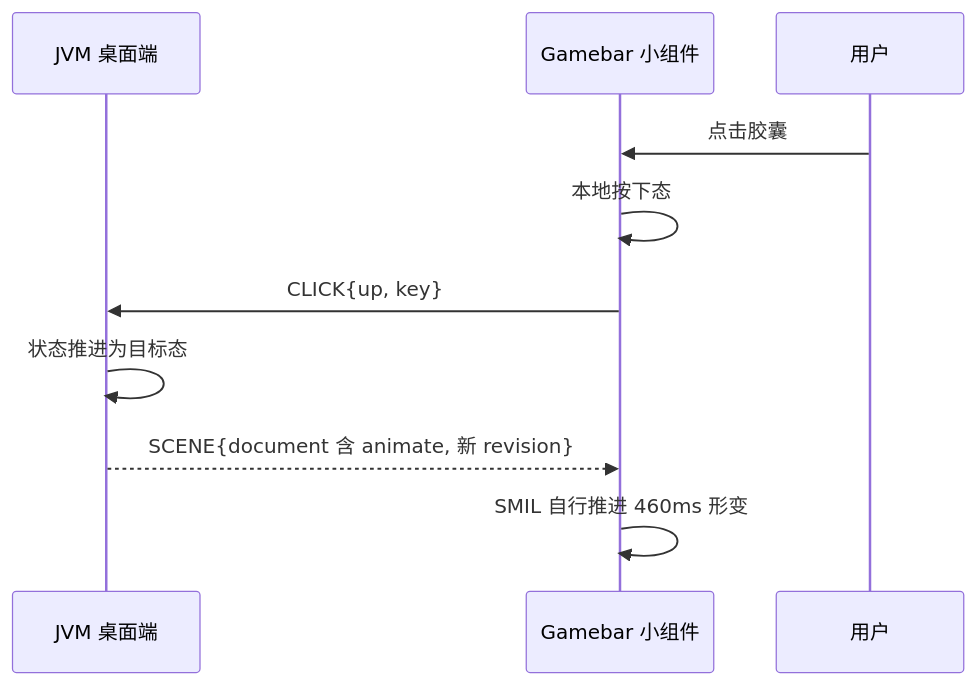
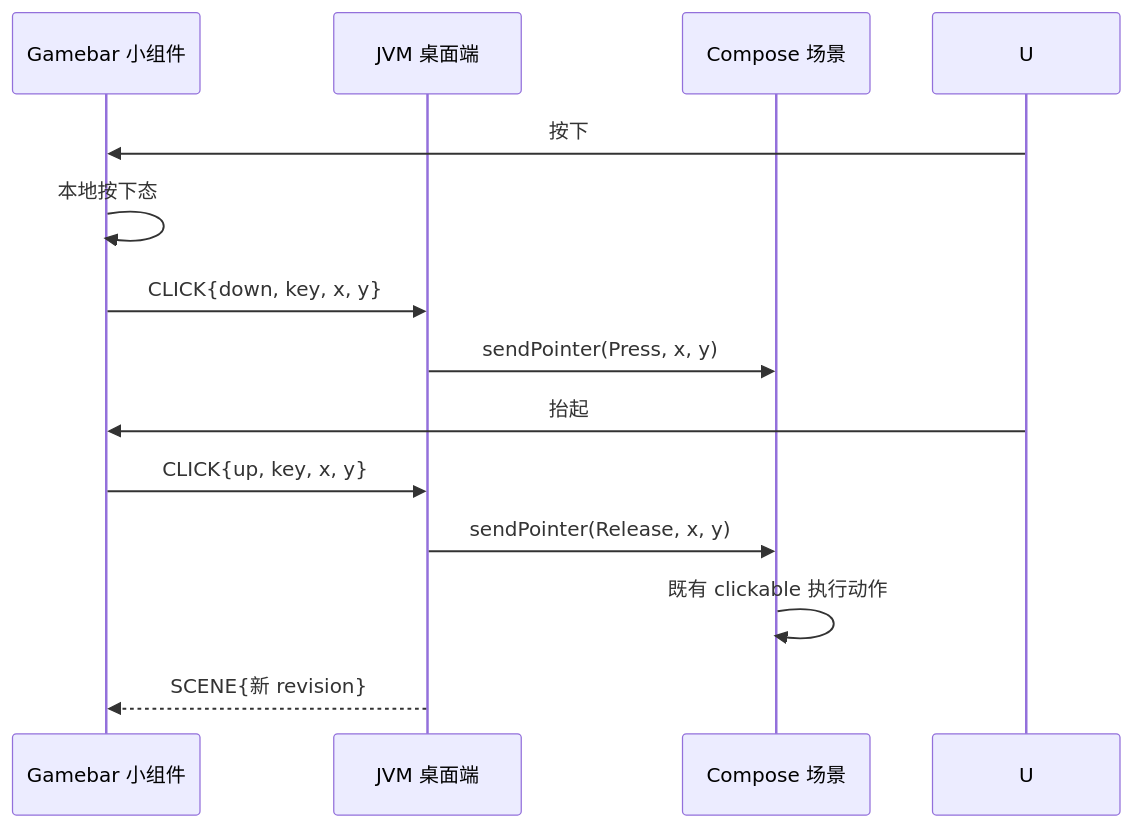
One commit to NotifyRelay/Android changed the first of 3 diagrams in .agents/notes/proposed/architecture/2026-11-10-gamebar-vector-scene-display-client.md. Above: the diagram before and after it, drawn with Mermaid. The commit also changed other lines of this file and 14 other files, not shown here.

````diff
--- a/.agents/notes/proposed/architecture/2026-11-10-gamebar-vector-scene-display-client.md
+++ b/.agents/notes/proposed/architecture/2026-11-10-gamebar-vector-scene-display-client.md
@@ -84,12 +84,15 @@
 ```mermaid
 sequenceDiagram
+    participant W as Gamebar 小组件
     participant J as JVM 桌面端
-    participant W as Gamebar 小组件
-    participant U as 用户
-    U->>W: 点击胶囊
+    participant C as Compose 场景
+    U->>W: 按下
     W->>W: 本地按下态
-    W->>J: CLICK{up, key}
-    J->>J: 状态推进为目标态
-    J-->>W: SCENE{document 含 animate, 新 revision}
-    W->>W: SMIL 自行推进 460ms 形变
+    W->>J: CLICK{down, key, x, y}
+    J->>C: sendPointer(Press, x, y)
+    U->>W: 抬起
+    W->>J: CLICK{up, key, x, y}
+    J->>C: sendPointer(Release, x, y)
+    C->>C: 既有 clickable 执行动作
+    J-->>W: SCENE{新 revision}
 ```
````
